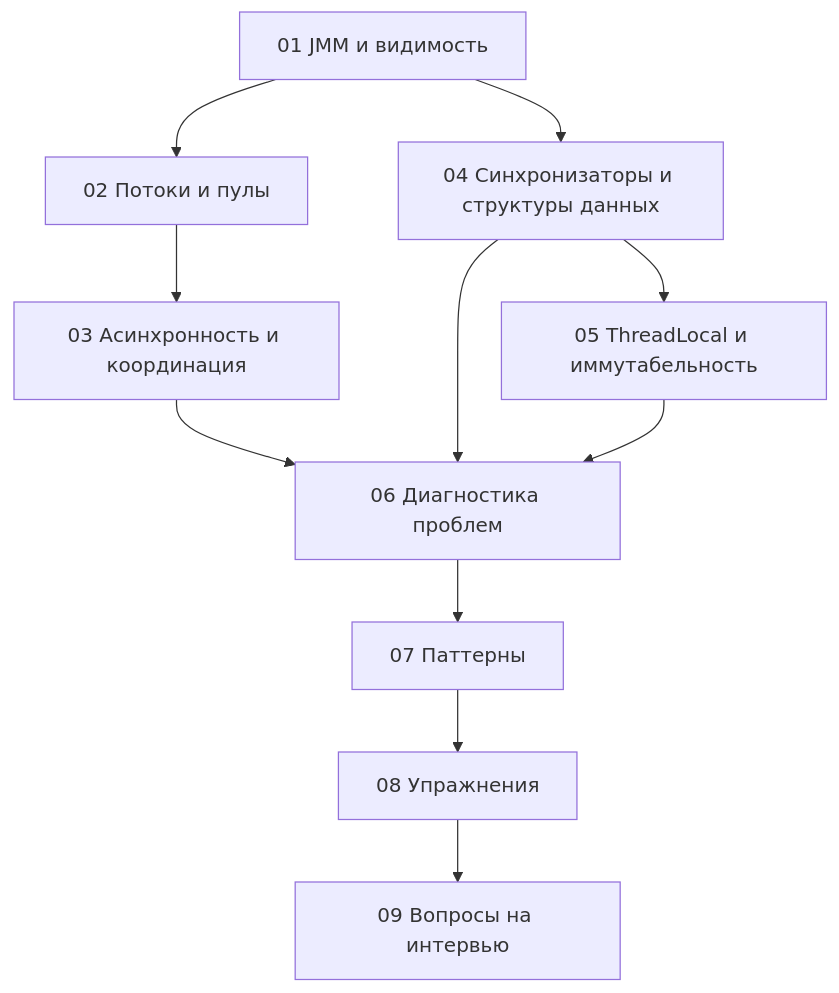
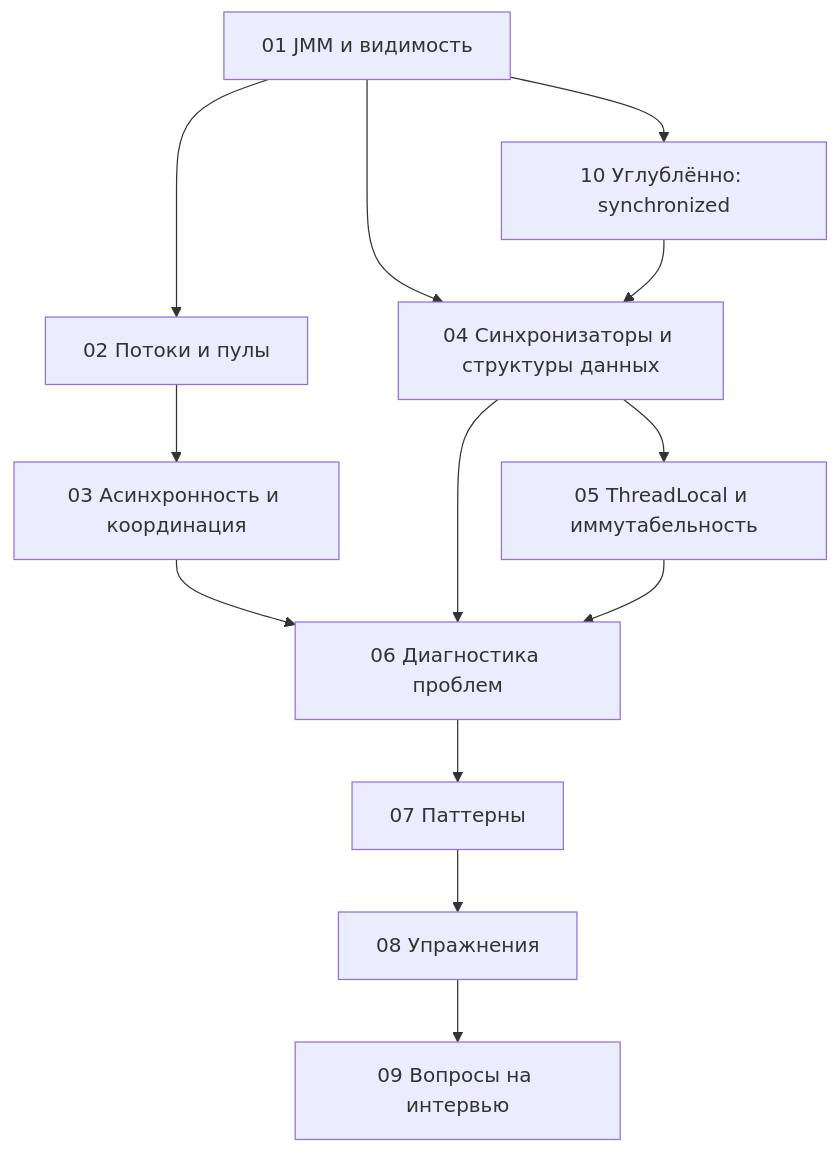
One commit to dzmitry-ramaniuk/development-info-collector changed the first of 2 diagrams in java/02-multithreading.md. Above: the diagram before and after it, drawn with Mermaid. The commit also changed other lines of this file and 2 other files, not shown here.

````diff
--- a/java/02-multithreading.md
+++ b/java/02-multithreading.md
@@ -54,13 +55,15 @@
 ```mermaid
 flowchart TD
     A["01 JMM и видимость"] --> B["02 Потоки и пулы"]
+    A --> J["10 Углублённо: synchronized"]
     A --> D["04 Синхронизаторы и структуры данных"]
+    J --> D
     B --> C["03 Асинхронность и координация"]
     D --> E["05 ThreadLocal и иммутабельность"]
     C --> F["06 Диагностика проблем"]
     D --> F
     E --> F
     F --> G["07 Паттерны"]
     G --> H["08 Упражнения"]
     H --> I["09 Вопросы на интервью"]
 ```
````
